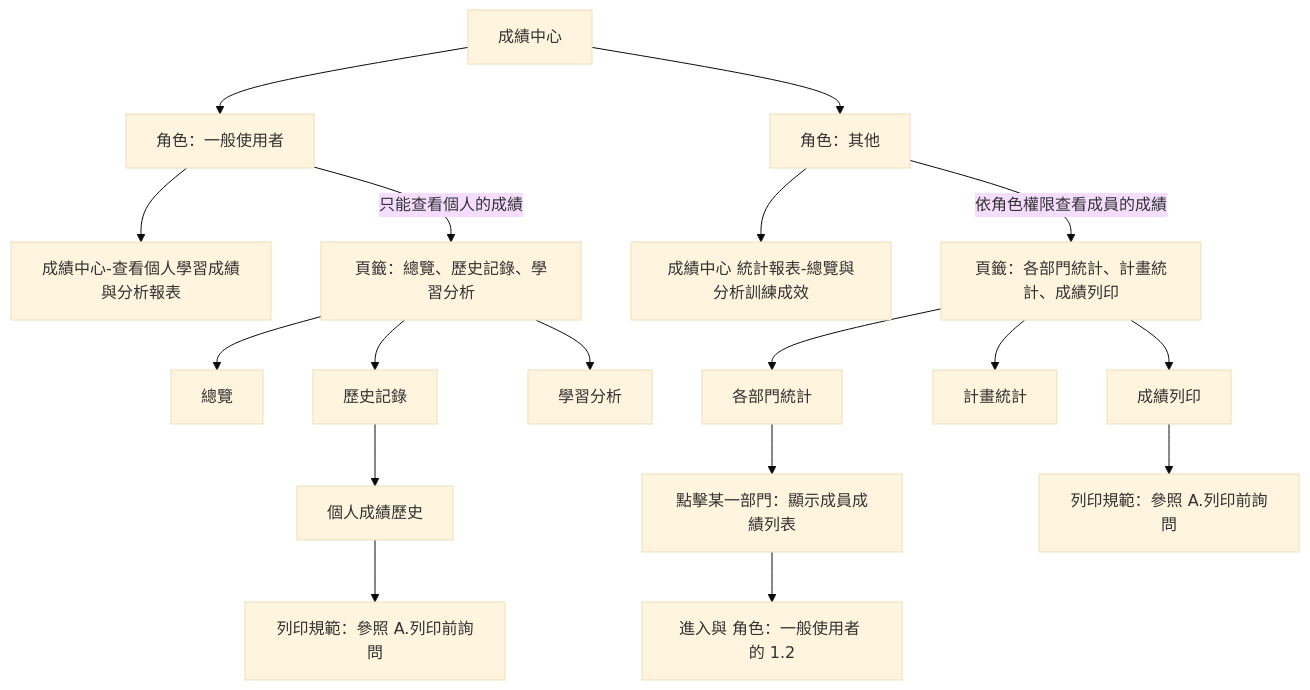
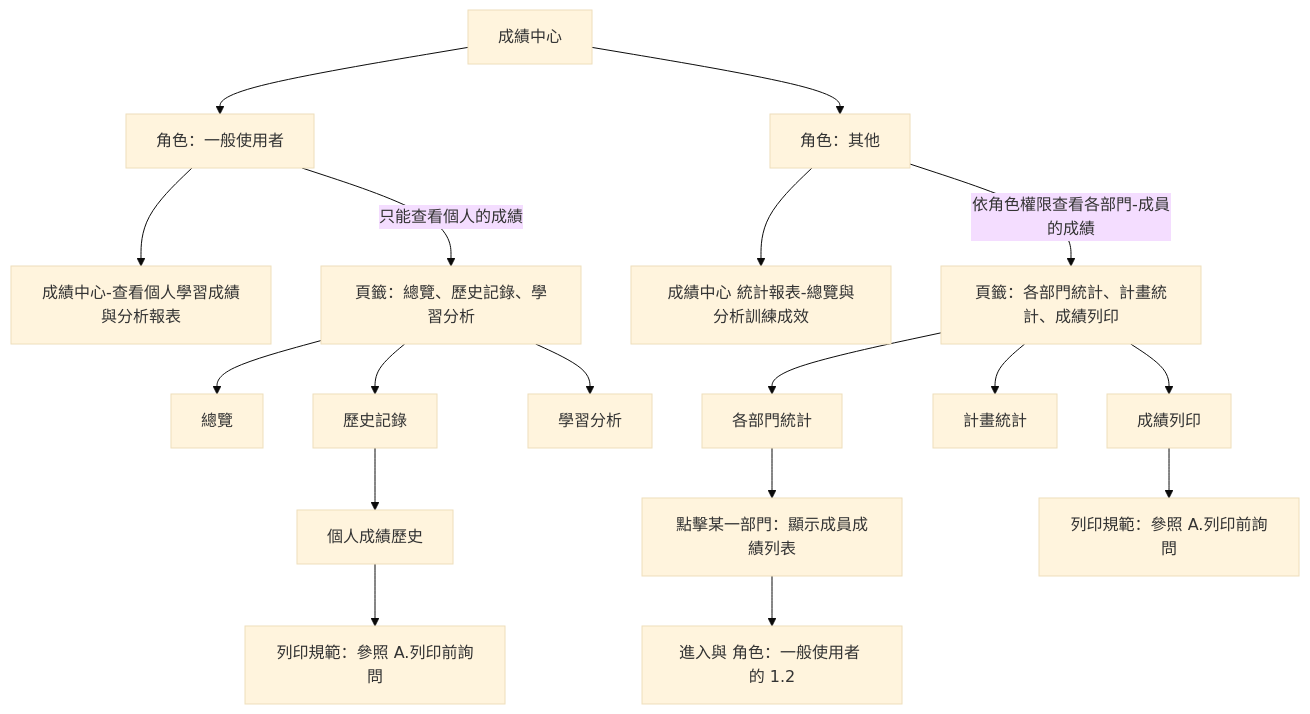
One commit to wilsontt/2.Edu_TraningSystem changed the third of 3 diagrams in 0.standards/2.棕地專案/T13 增修功能實作PLAN_測試問題.md. Above: the diagram before and after it, drawn with Mermaid (base theme). The commit also changed other lines of this file and 8 other files, not shown here.

````diff
--- a/0.standards/2.棕地專案/T13 增修功能實作PLAN_測試問題.md
+++ b/0.standards/2.棕地專案/T13 增修功能實作PLAN_測試問題.md
@@ -50,21 +50,21 @@
 ```mermaid
 graph TD
   A[成績中心]
   A --> 1[角色：一般使用者]
   A --> 2[角色：其他]
   1 --> 1.1[成績中心-查看個人學習成績與分析報表]
   1 -- 只能查看個人的成績 --> 1.2[頁籤：總覽、歷史記錄、學習分析]
   1.2 --> 1.2.1[總覽]
   1.2 --> 1.2.2[歷史記錄]
   1.2.2 --> 1.2.2.1[個人成績歷史]
   1.2.2.1 --> 1.2.2.1.1[列印規範：參照 A.列印前詢問]
   1.2 --> 1.2.3[學習分析]
   2 --> 2.1[成績中心 統計報表-總覽與分析訓練成效]
-  2 -- 依角色權限查看成員的成績 --> 2.2[頁籤：各部門統計、計畫統計、成績列印]
+  2 -- 依角色權限查看各部門-成員的成績 --> 2.2[頁籤：各部門統計、計畫統計、成績列印]
   2.2 --> 2.2.1[各部門統計]
   2.2.1 --> 2.2.1.1[點擊某一部門：顯示成員成績列表]
   2.2.1.1 --> 2.2.1.1.1[進入與 角色：一般使用者 的 1.2]
   2.2 --> 2.2.2[計畫統計]
   2.2 --> 2.2.3[成績列印]
   2.2.3 --> 2.2.3.1[列印規範：參照 A.列印前詢問]
 ```
````
